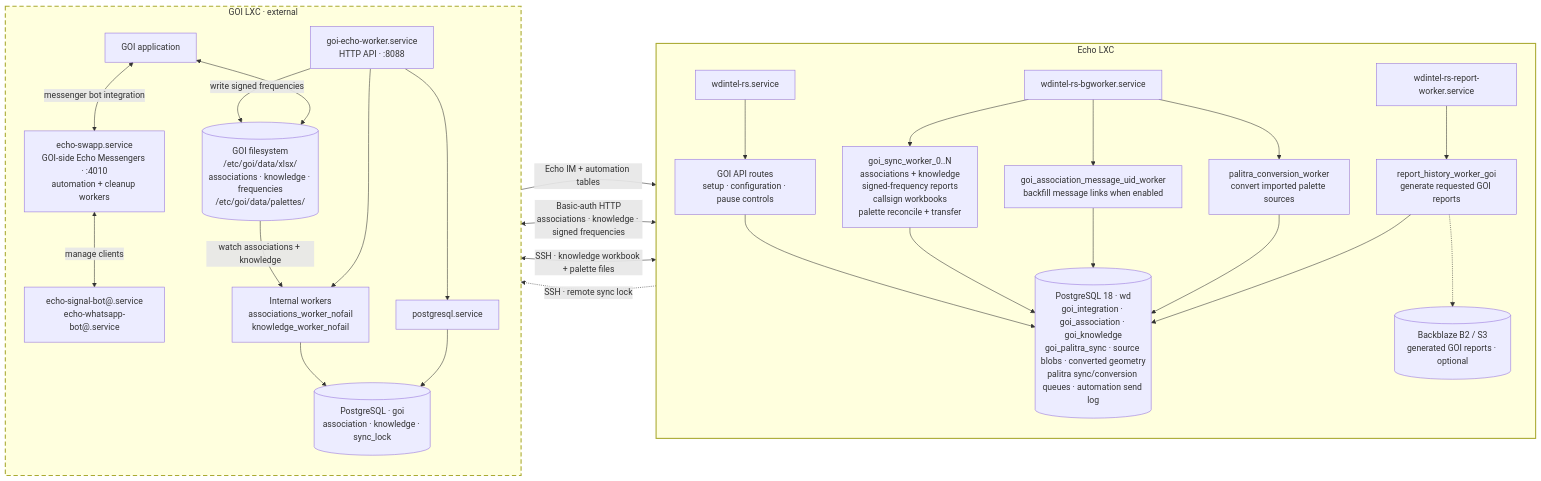
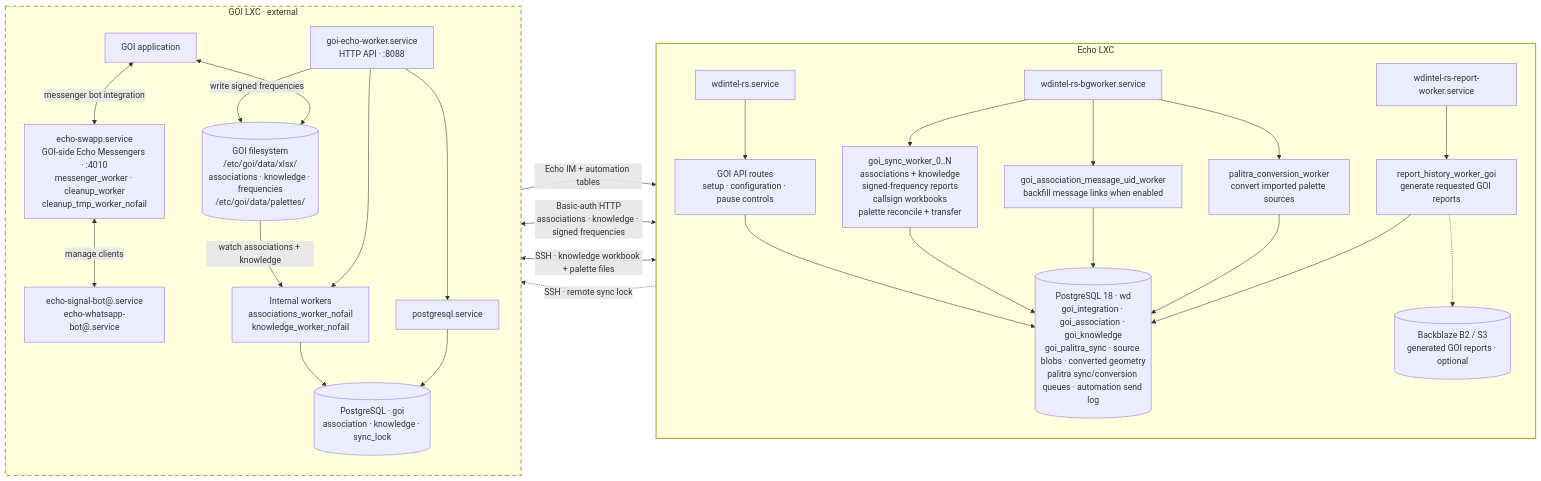
One commit to murczyk/echo changed the fourth of 5 diagrams in docs/README.md. Above: the diagram before and after it, drawn with Mermaid. The commit also changed other lines of this file, not shown here.

Commit message:
Documented unconditional GOI-side temporary cleanup worker ownership

````diff
--- a/docs/README.md
+++ b/docs/README.md
@@ -269,60 +269,60 @@
 ```mermaid
 flowchart LR
     subgraph echo_lxc["Echo LXC"]
         direction TB
         api["wdintel-rs.service"]
         bg["wdintel-rs-bgworker.service"]
         reports["wdintel-rs-report-worker.service"]
 
         routes["GOI API routes<br/>setup · configuration · pause controls"]
         sync["goi_sync_worker_0..N<br/>associations + knowledge<br/>signed-frequency reports<br/>callsign workbooks<br/>palette reconcile + transfer"]
         message_uid["goi_association_message_uid_worker<br/>backfill message links when enabled"]
         conversion["palitra_conversion_worker<br/>convert imported palette sources"]
         report["report_history_worker_goi<br/>generate requested GOI reports"]
         echo_pg[("PostgreSQL 18 · wd<br/>goi_integration · goi_association · goi_knowledge<br/>goi_palitra_sync · source blobs · converted geometry<br/>palitra sync/conversion queues · automation send log")]
         report_store[("Backblaze B2 / S3<br/>generated GOI reports · optional")]
 
         api --> routes
         bg --> sync
         bg --> message_uid
         bg --> conversion
         reports --> report
 
         routes --> echo_pg
         sync --> echo_pg
         message_uid --> echo_pg
         conversion --> echo_pg
         report --> echo_pg
         report -.-> report_store
     end
 
     subgraph goi_lxc["GOI LXC · external"]
         direction TB
         goi_app["GOI application"]
         goi_worker["goi-echo-worker.service<br/>HTTP API · :8088"]
-        echo_swapp["echo-swapp.service<br/>GOI-side Echo Messengers · :4010<br/>automation + cleanup workers"]
+        echo_swapp["echo-swapp.service<br/>GOI-side Echo Messengers · :4010<br/>messenger_worker · cleanup_worker<br/>cleanup_tmp_worker_nofail"]
         messenger_clients["echo-signal-bot@.service<br/>echo-whatsapp-bot@.service"]
         goi_watchers["Internal workers<br/>associations_worker_nofail<br/>knowledge_worker_nofail"]
         goi_postgres["postgresql.service"]
         goi_pg[("PostgreSQL · goi<br/>association · knowledge · sync_lock")]
         goi_files[("GOI filesystem<br/>/etc/goi/data/xlsx/<br/>associations · knowledge · frequencies<br/>/etc/goi/data/palettes/")]
 
         goi_app <--> goi_files
         goi_app <-->|messenger bot integration| echo_swapp
         echo_swapp <-->|manage clients| messenger_clients
         goi_worker --> goi_watchers
         goi_worker --> goi_postgres
         goi_postgres --> goi_pg
         goi_watchers --> goi_pg
         goi_files -->|watch associations + knowledge| goi_watchers
         goi_worker -->|write signed frequencies| goi_files
     end
 
     sync <-->|Basic-auth HTTP<br/>associations · knowledge · signed frequencies| goi_worker
     sync <-->|SSH · knowledge workbook + palette files| goi_files
     sync -.->|SSH · remote sync lock| goi_pg
     echo_swapp -->|Echo IM + automation tables| echo_pg
 
     style echo_lxc stroke-width:2px
     style goi_lxc stroke-width:2px,stroke-dasharray:8 5
 ```
````
